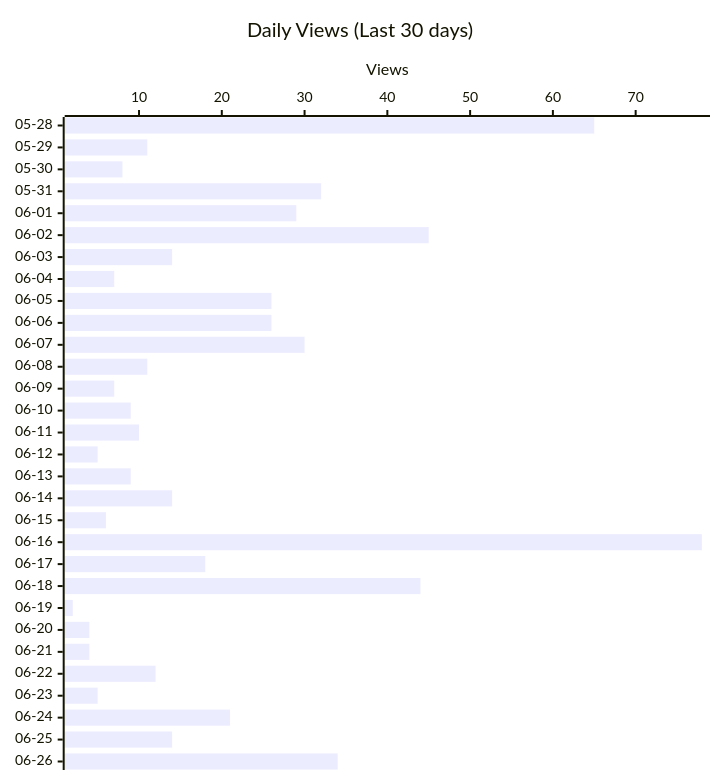
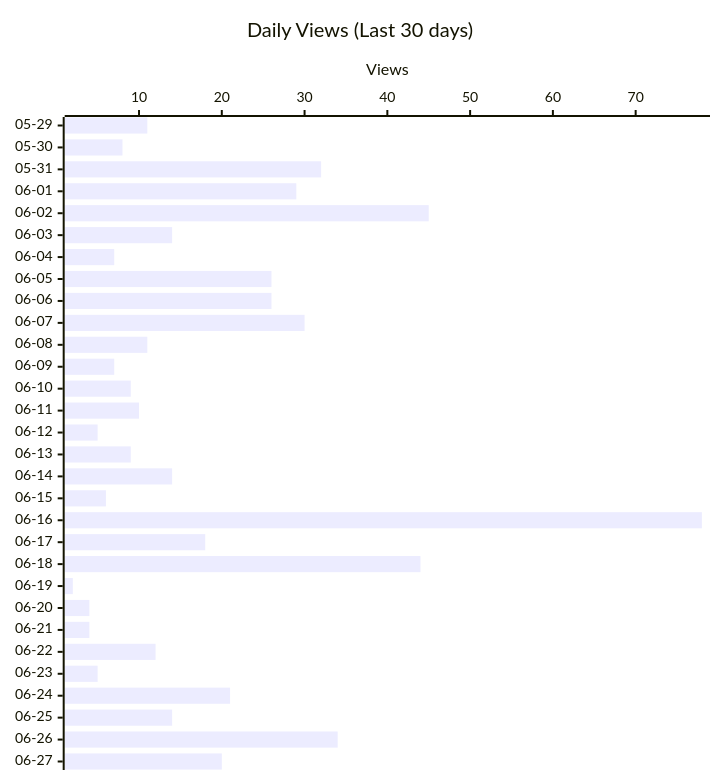
Before and after one commit to shigechika/github-insights: the second of 3 diagrams in README.md, drawn with Mermaid. The commit also changed other lines of this file and 2 other files, not shown here.

````diff
--- a/README.md
+++ b/README.md
@@ -28,12 +28,12 @@
 ```mermaid
 ---
 config:
   xyChart:
     height: 760
 ---
 xychart-beta horizontal
     title "Daily Views (Last 30 days)"
-    x-axis ["05-28", "05-29", "05-30", "05-31", "06-01", "06-02", "06-03", "06-04", "06-05", "06-06", "06-07", "06-08", "06-09", "06-10", "06-11", "06-12", "06-13", "06-14", "06-15", "06-16", "06-17", "06-18", "06-19", "06-20", "06-21", "06-22", "06-23", "06-24", "06-25", "06-26"]
+    x-axis ["05-29", "05-30", "05-31", "06-01", "06-02", "06-03", "06-04", "06-05", "06-06", "06-07", "06-08", "06-09", "06-10", "06-11", "06-12", "06-13", "06-14", "06-15", "06-16", "06-17", "06-18", "06-19", "06-20", "06-21", "06-22", "06-23", "06-24", "06-25", "06-26", "06-27"]
     y-axis "Views"
-    bar [65, 11, 8, 32, 29, 45, 14, 7, 26, 26, 30, 11, 7, 9, 10, 5, 9, 14, 6, 78, 18, 44, 2, 4, 4, 12, 5, 21, 14, 34]
+    bar [11, 8, 32, 29, 45, 14, 7, 26, 26, 30, 11, 7, 9, 10, 5, 9, 14, 6, 78, 18, 44, 2, 4, 4, 12, 5, 21, 14, 34, 20]
 ```
````
